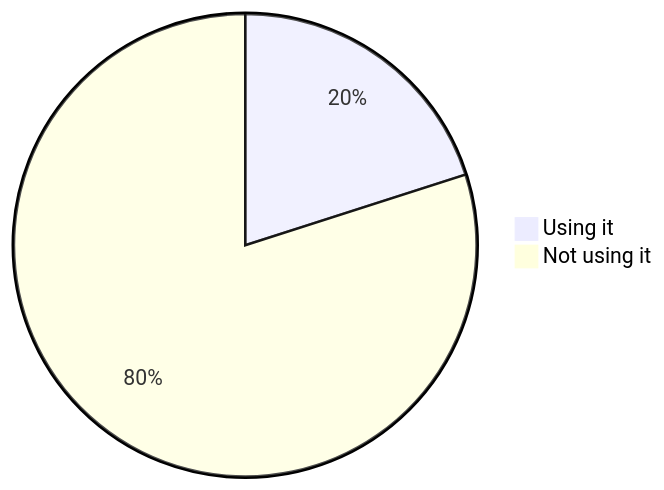
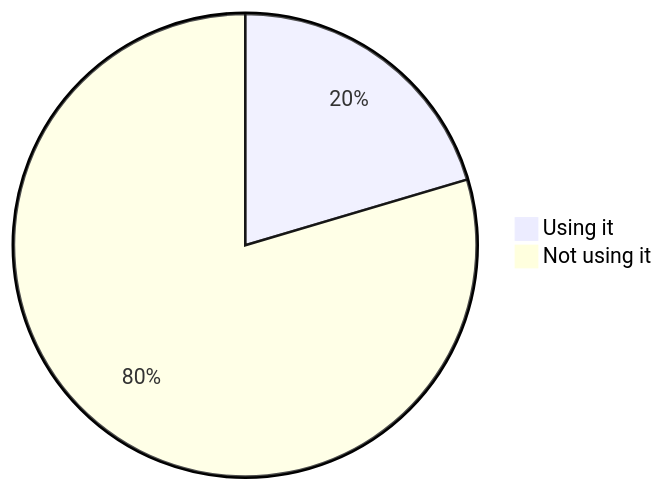
Before and after one commit to oshp/oshp-stats: diagram 18 of 22 in stats.md, drawn with Mermaid. The commit also changed other lines of this file, not shown here.

````diff
--- a/stats.md
+++ b/stats.md
@@ -214,6 +214,6 @@
 ```mermaid
 pie
-	"Using it" : 20.06
-	"Not using it" : 79.94
+	"Using it" : 20.42
+	"Not using it" : 79.58
 
 ```
````
